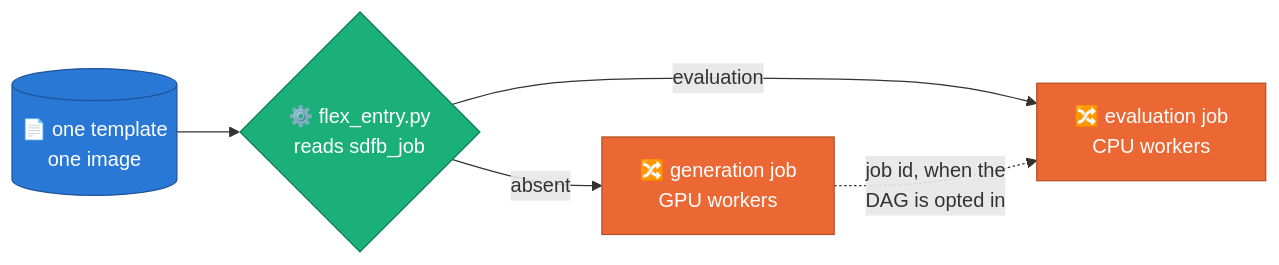
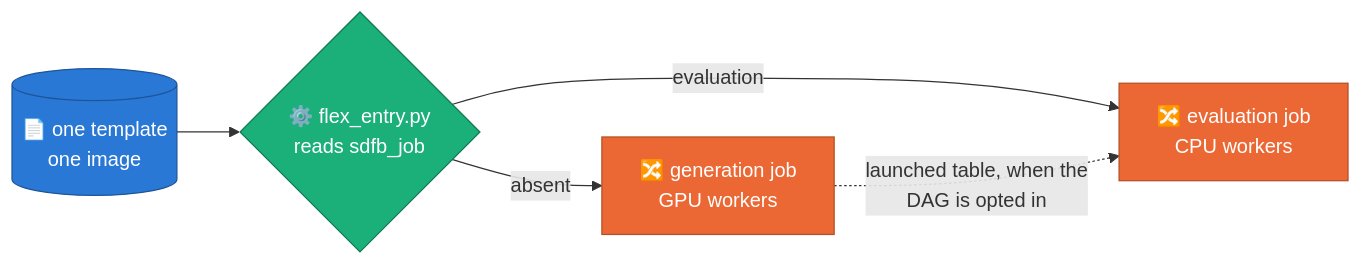
Before and after one commit to albertols/synthetic-llm-dataflow-bigquery: the tenth of 12 diagrams in docs/DESIGN.md, drawn with Mermaid. The commit also changed other lines of this file and 11 other files, not shown here.

````diff
--- a/docs/DESIGN.md
+++ b/docs/DESIGN.md
@@ -586,12 +586,12 @@
 ```mermaid
 flowchart LR
   classDef beam  fill:#eb6834,color:#fff,stroke:#b44f26
   classDef cpu   fill:#1baf7a,color:#fff,stroke:#127a55
   classDef store fill:#2a78d6,color:#fff,stroke:#1d5599
   classDef data  fill:#6b7280,color:#fff,stroke:#4b5563
 
   T[("📄 one template<br/>one image")]:::store --> E{"⚙️ flex_entry.py<br/>reads sdfb_job"}:::cpu
   E -- "absent" --> G["🔀 generation job<br/>GPU workers"]:::beam
   E -- "evaluation" --> V["🔀 evaluation job<br/>CPU workers"]:::beam
-  G -. "job id, when the<br/>DAG is opted in" .-> V
+  G -. "launched table, when the<br/>DAG is opted in" .-> V
 ```
````
